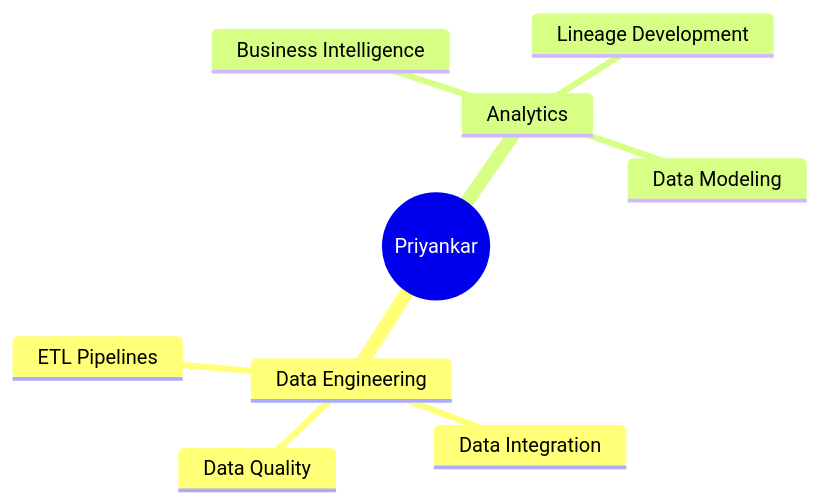
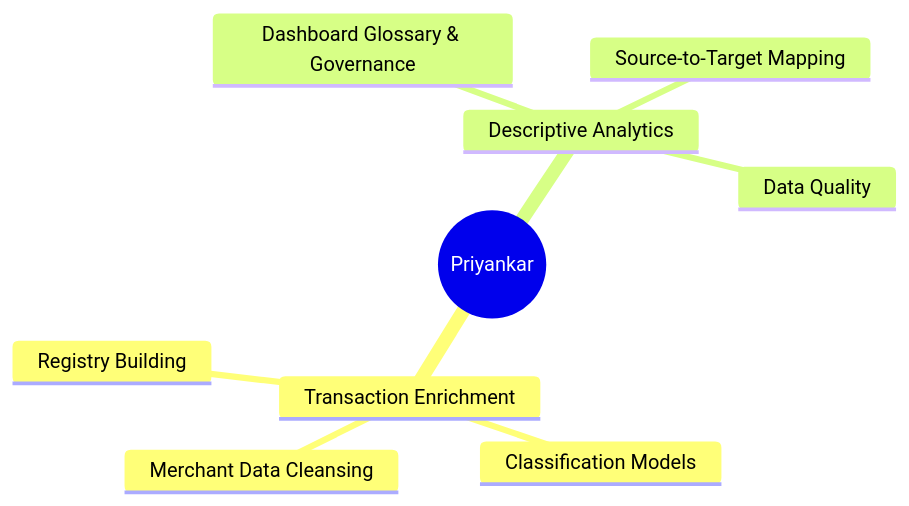
Before and after one commit to patnaikfarm/patnaikfarm: the diagram in README.md, drawn with Mermaid. The commit also changed other lines of this file, not shown here.

Commit message:
Update featured work: reflect Transaction Enrichment and Descriptive Analytics workstreams

````diff
--- a/README.md
+++ b/README.md
@@ -21,13 +21,13 @@
 ```mermaid
 %%{init: {'theme':'default', 'themeVariables': { 'primaryColor':'#E3F2FD','primaryTextColor':'#000','primaryBorderColor':'#1976D2','lineColor':'#1976D2','secondaryColor':'#FFF3E0','tertiaryColor':'#F3E5F5'}}}%%
 mindmap
   root((Priyankar))
-    Data Engineering
-      ETL Pipelines
-      Data Integration
+    Transaction Enrichment
+      Merchant Data Cleansing
+      Classification Models
+      Registry Building
+    Descriptive Analytics
+      Dashboard Glossary & Governance
+      Source-to-Target Mapping
       Data Quality
-    Analytics
-      Business Intelligence
-      Lineage Development
-      Data Modeling
 ```
````
